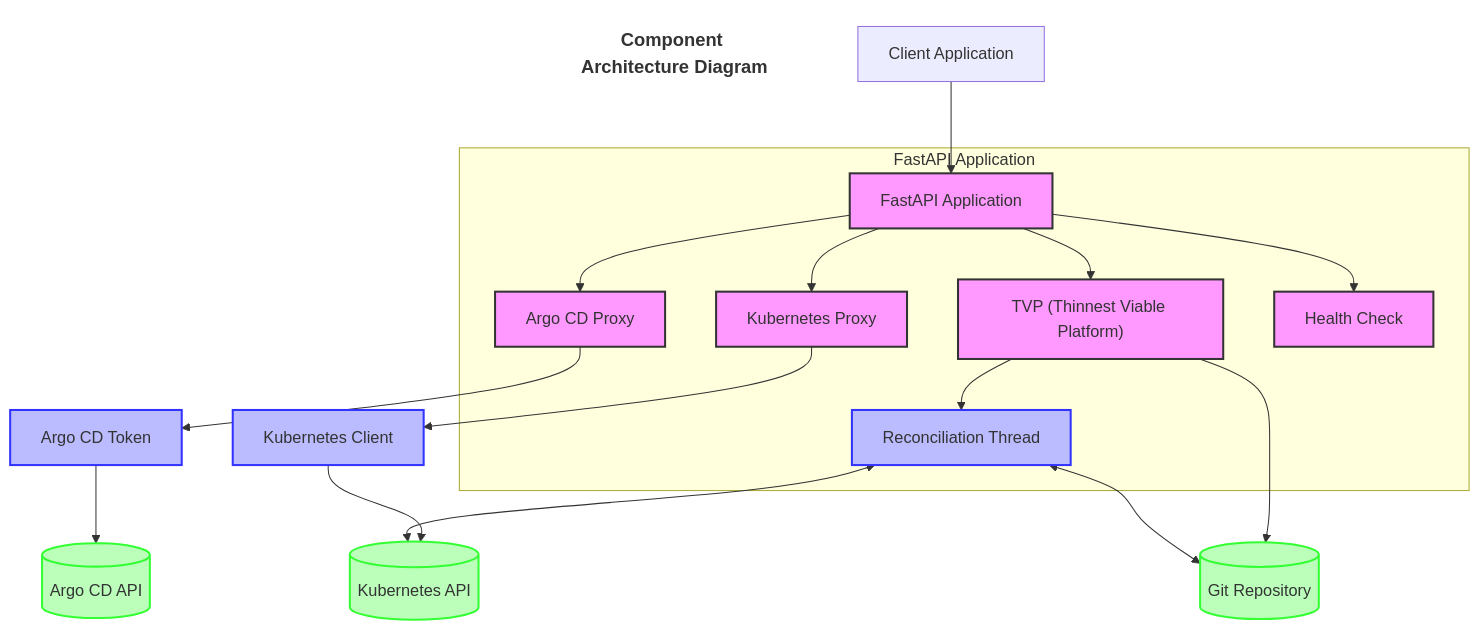
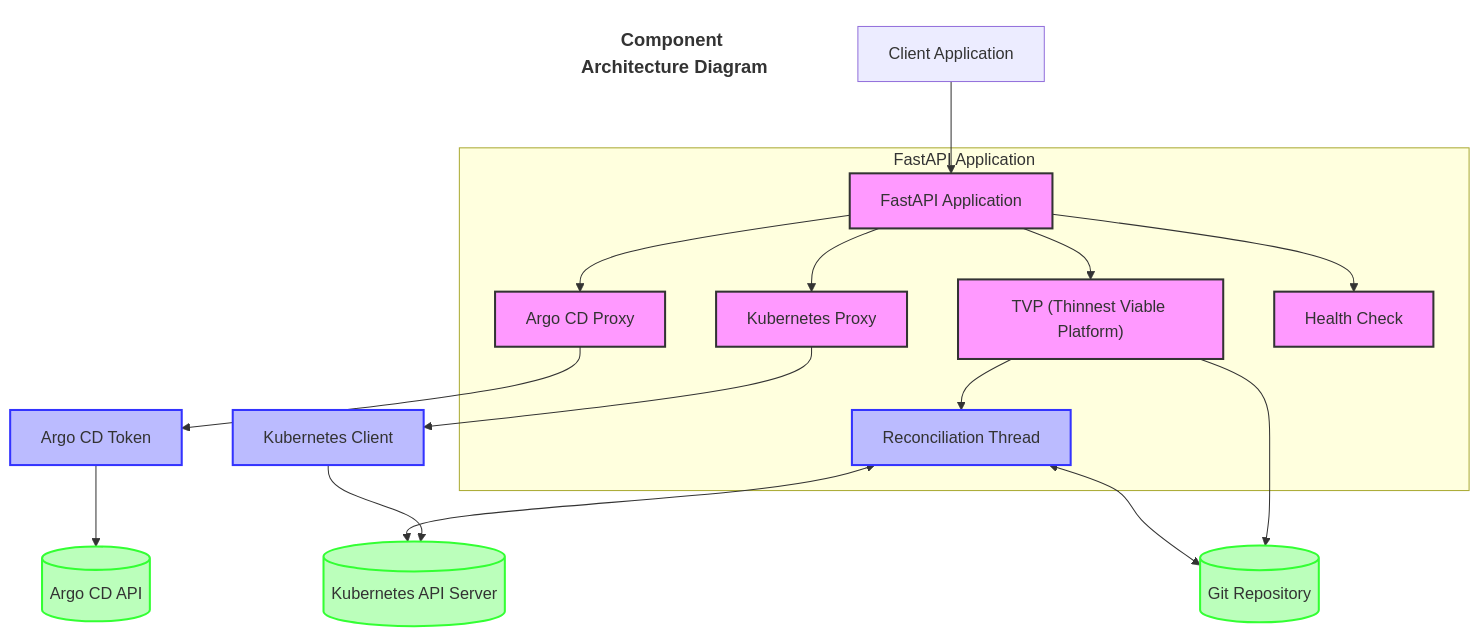
Before and after one commit to lloydchang/tvp-k8s: the diagram in fastapi/mermaid/component-diagram.mermaid, drawn with Mermaid. The commit also changed 3 other files, not shown here.

```diff
--- a/fastapi/mermaid/component-diagram.mermaid
+++ b/fastapi/mermaid/component-diagram.mermaid
@@ -1,29 +1,29 @@
 flowchart TB
     title[Component Architecture Diagram]
     style title fill:none,stroke:none,font-size:18px,font-weight:bold
     Client[Client Application] --> API[FastAPI Application]
     
     subgraph "FastAPI Application"
         API --> KR[Kubernetes Proxy]
         API --> AR[Argo CD Proxy]
         API --> TR["TVP (Thinnest Viable Platform)"]
         API --> Health[Health Check]
         TR --> RT[Reconciliation Thread]
     end
     
     KR --> KC[Kubernetes Client]
     AR --> AT[Argo CD Token]
     TR --> GitRepo[(Git Repository)]
     
-    KC --> Kubernetes[(Kubernetes API)]
+    KC --> Kubernetes[(Kubernetes API Server)]
     AT --> ArgoCD[(Argo CD API)]
     RT <--> GitRepo
     RT <--> Kubernetes
     
     classDef component fill:#f9f,stroke:#333,stroke-width:2px
     classDef api fill:#bbf,stroke:#33f,stroke-width:2px
     classDef external fill:#bfb,stroke:#3f3,stroke-width:2px
     
     class API,KR,AR,TR,Health component
     class KC,AT,RT api
     class Kubernetes,ArgoCD,GitRepo external
```
